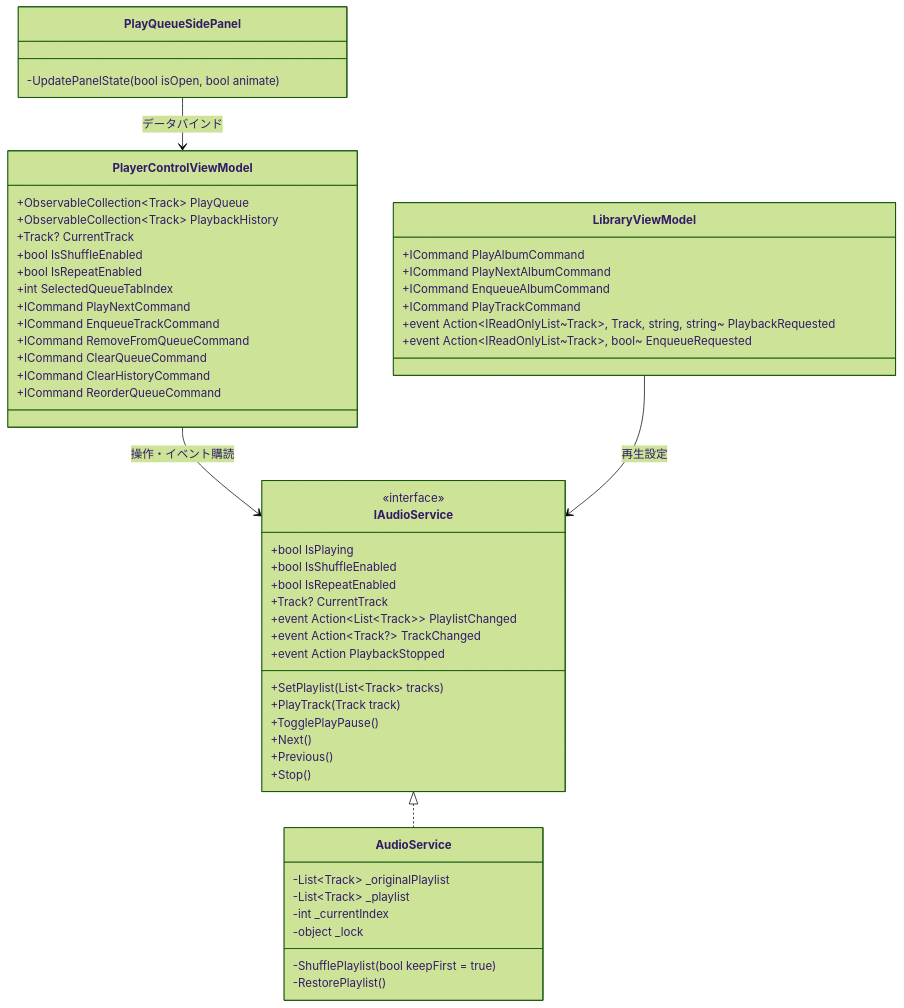
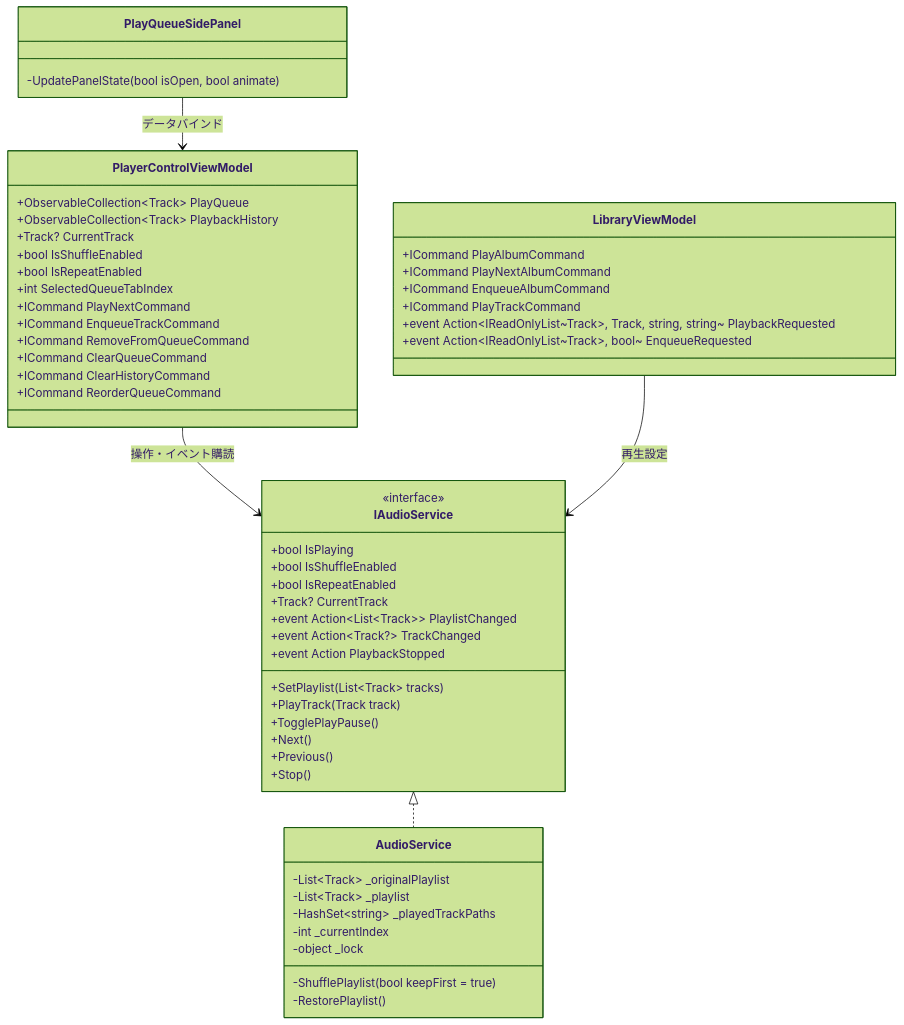
One commit to taketonnbo/Audio_Effector changed the first of 4 diagrams in 設計/詳細設計/再生キュー.md. Above: the diagram before and after it, drawn with Mermaid (forest theme). The commit also changed other lines of this file and 6 other files, not shown here.

````diff
--- a/設計/詳細設計/再生キュー.md
+++ b/設計/詳細設計/再生キュー.md
@@ -16,61 +16,62 @@
 ```mermaid
 classDiagram
     class IAudioService {
         <<interface>>
         +bool IsPlaying
         +bool IsShuffleEnabled
         +bool IsRepeatEnabled
         +Track? CurrentTrack
         +event Action~List~Track~~ PlaylistChanged
         +event Action~Track?~ TrackChanged
         +event Action PlaybackStopped
         +SetPlaylist(List~Track~ tracks)
         +PlayTrack(Track track)
         +TogglePlayPause()
         +Next()
         +Previous()
         +Stop()
     }
 
     class AudioService {
         -List~Track~ _originalPlaylist
         -List~Track~ _playlist
+        -HashSet~string~ _playedTrackPaths
         -int _currentIndex
         -object _lock
         -ShufflePlaylist(bool keepFirst = true)
         -RestorePlaylist()
     }
 
     class PlayerControlViewModel {
         +ObservableCollection~Track~ PlayQueue
         +ObservableCollection~Track~ PlaybackHistory
         +Track? CurrentTrack
         +bool IsShuffleEnabled
         +bool IsRepeatEnabled
         +int SelectedQueueTabIndex
         +ICommand PlayNextCommand
         +ICommand EnqueueTrackCommand
         +ICommand RemoveFromQueueCommand
         +ICommand ClearQueueCommand
         +ICommand ClearHistoryCommand
         +ICommand ReorderQueueCommand
     }
 
     class LibraryViewModel {
         +ICommand PlayAlbumCommand
         +ICommand PlayNextAlbumCommand
         +ICommand EnqueueAlbumCommand
         +ICommand PlayTrackCommand
         +event Action~IReadOnlyList~Track~, Track, string, string~ PlaybackRequested
         +event Action~IReadOnlyList~Track~, bool~ EnqueueRequested
     }
 
     class PlayQueueSidePanel {
         -UpdatePanelState(bool isOpen, bool animate)
     }
 
     IAudioService <|.. AudioService
     PlayerControlViewModel --> IAudioService : 操作・イベント購読
     LibraryViewModel --> IAudioService : 再生設定
     PlayQueueSidePanel --> PlayerControlViewModel : データバインド
 ```
````
